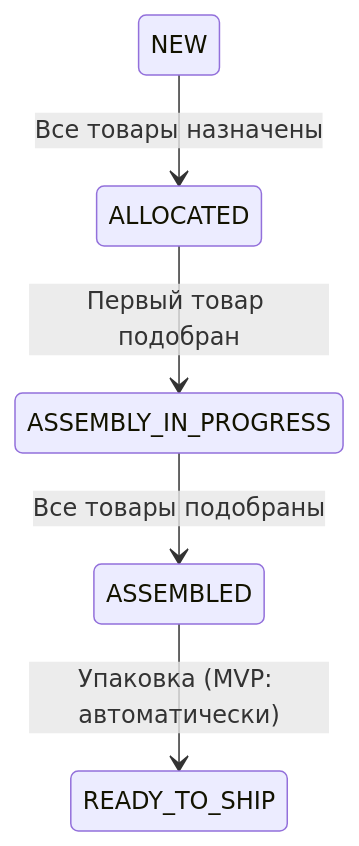
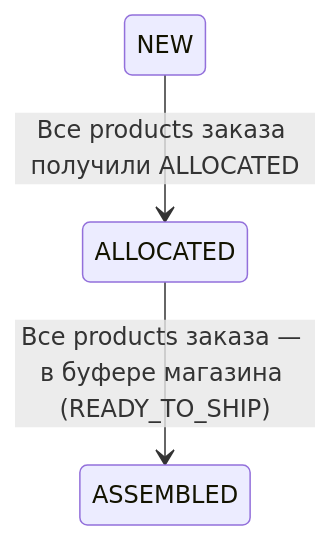
The fifth of 6 diagrams in docs/flows/assembly-flow.md (oglenyaboss/avalanche-wms), drawn with Mermaid before and after one commit. The commit also changed other lines of this file and 1 other file, not shown here.

First line of the commit message:
docs(flows): обновить assembly и shipping под решения встречи по outbound-потоку

````diff
--- a/docs/flows/assembly-flow.md
+++ b/docs/flows/assembly-flow.md
@@ -81,7 +134,5 @@
 ```mermaid
 stateDiagram-v2
-    NEW --> ALLOCATED : Все товары назначены
-    ALLOCATED --> ASSEMBLY_IN_PROGRESS : Первый товар подобран
-    ASSEMBLY_IN_PROGRESS --> ASSEMBLED : Все товары подобраны
-    ASSEMBLED --> READY_TO_SHIP : Упаковка (MVP: автоматически)
+    NEW --> ALLOCATED : Все products заказа получили ALLOCATED
+    ALLOCATED --> ASSEMBLED : Все products заказа — в буфере магазина (READY_TO_SHIP)
 ```
````
